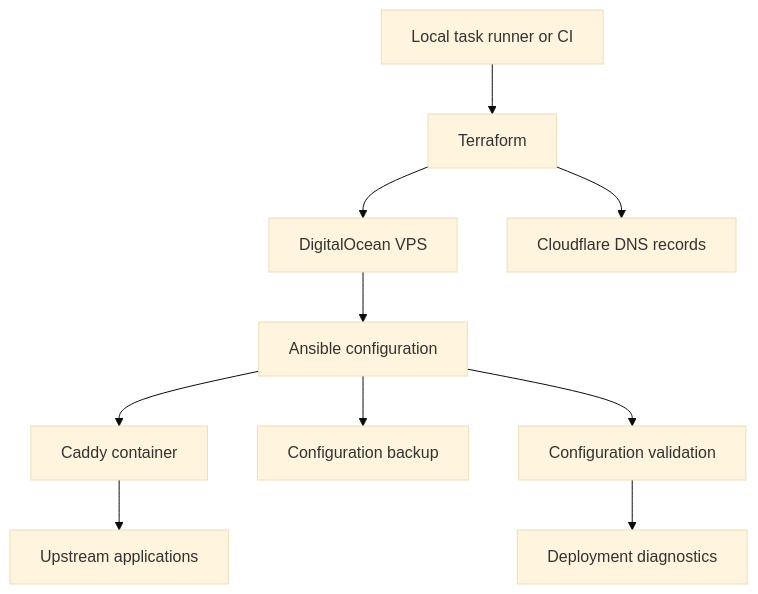
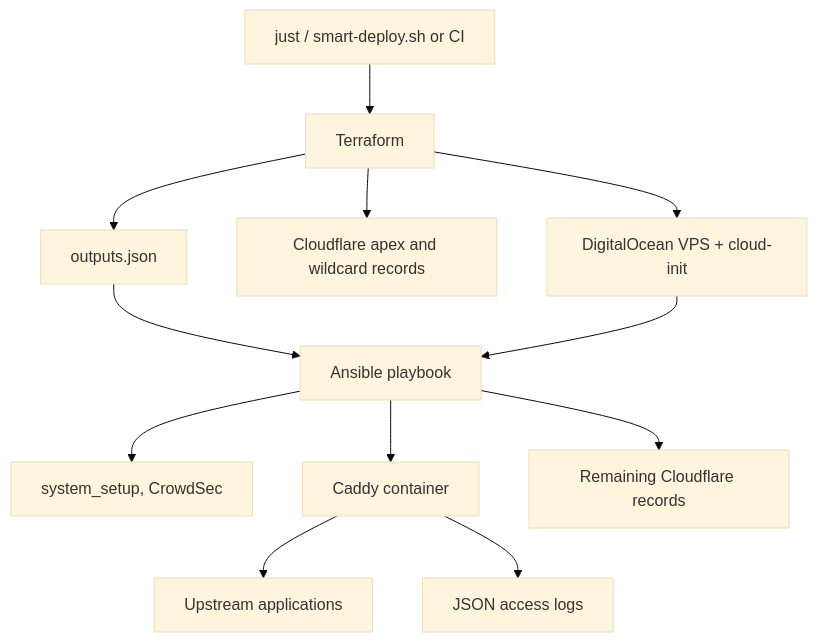
Before and after one commit to antoinebou12/CV: the diagram in hugo/content/posts/reverse-proxy-infrastructure/index.md, drawn with Mermaid (base theme). The commit also changed other lines of this file and 9 other files, not shown here.

````diff
--- a/hugo/content/posts/reverse-proxy-infrastructure/index.md
+++ b/hugo/content/posts/reverse-proxy-infrastructure/index.md
@@ -23,12 +28,14 @@
 ```mermaid
 flowchart TD
-  A[Local task runner or CI] --> T[Terraform]
-  T --> V[DigitalOcean VPS]
-  T --> D[Cloudflare DNS records]
-  V --> N[Ansible configuration]
+  A[just / smart-deploy.sh or CI] --> T[Terraform]
+  T --> V[DigitalOcean VPS + cloud-init]
+  T --> D[Cloudflare apex and wildcard records]
+  T --> O[outputs.json]
+  O --> N[Ansible playbook]
+  V --> N
+  N --> S[system_setup, CrowdSec]
   N --> C[Caddy container]
-  C --> S[Upstream applications]
-  N --> B[Configuration backup]
-  N --> Q[Configuration validation]
-  Q --> H[Deployment diagnostics]
+  N --> R[Remaining Cloudflare records]
+  C --> U[Upstream applications]
+  C --> L[JSON access logs]
 ```
````
